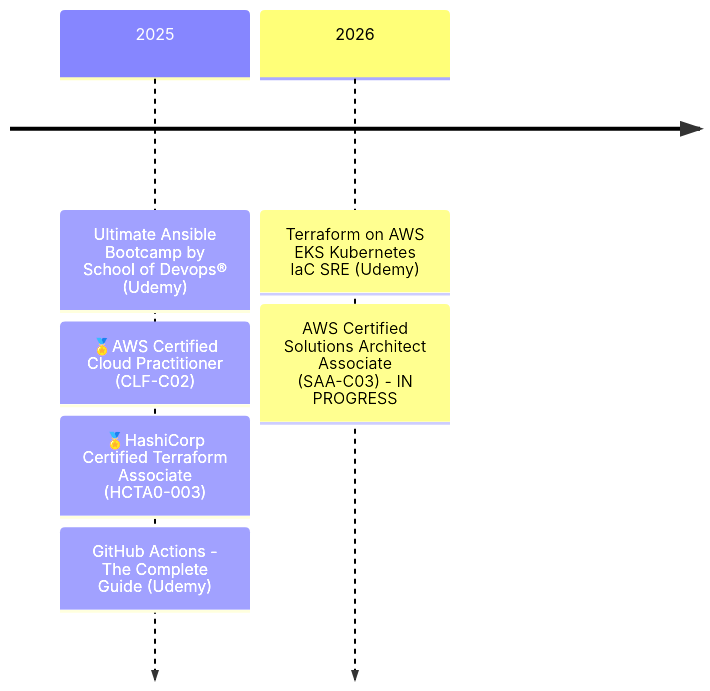
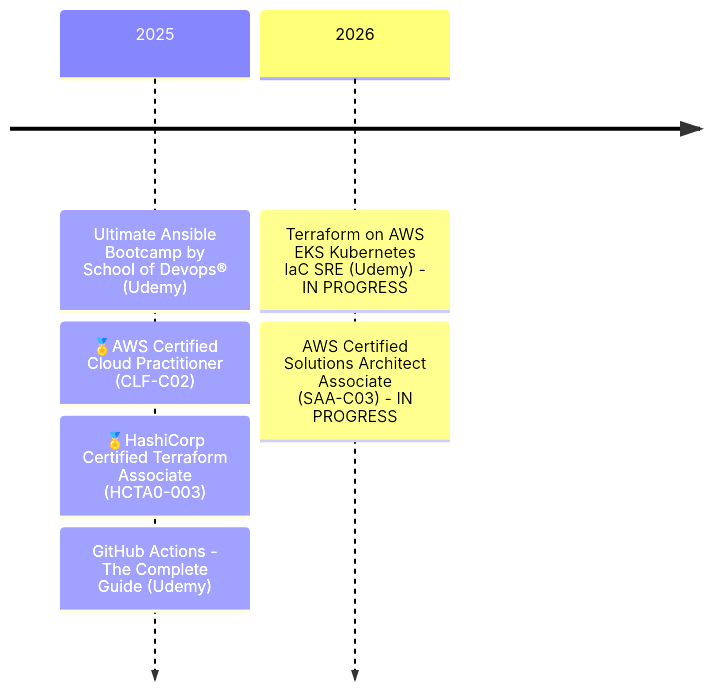
One commit to rtdevx/rtdevx.github.io changed the diagram in content/about.md. Above: the diagram before and after it, drawn with Mermaid.

Commit message:
Obsidian sync: 2026-02-24 14:55:50

```diff
--- a/content/about.md
+++ b/content/about.md
@@ -65,9 +65,9 @@
 {{< mermaid >}}
 timeline    
     2025 : Ultimate Ansible Bootcamp by School of Devops® (Udemy)
          : 🏅AWS Certified Cloud Practitioner (CLF-C02)
          : 🏅HashiCorp Certified Terraform Associate (HCTA0-003)
          : GitHub Actions - The Complete Guide (Udemy)
-    2026 : Terraform on AWS EKS Kubernetes IaC SRE (Udemy)
+    2026 : Terraform on AWS EKS Kubernetes IaC SRE (Udemy) - IN PROGRESS
 	     : AWS Certified Solutions Architect Associate (SAA-C03) - IN PROGRESS
 {{< /mermaid >}}
```
